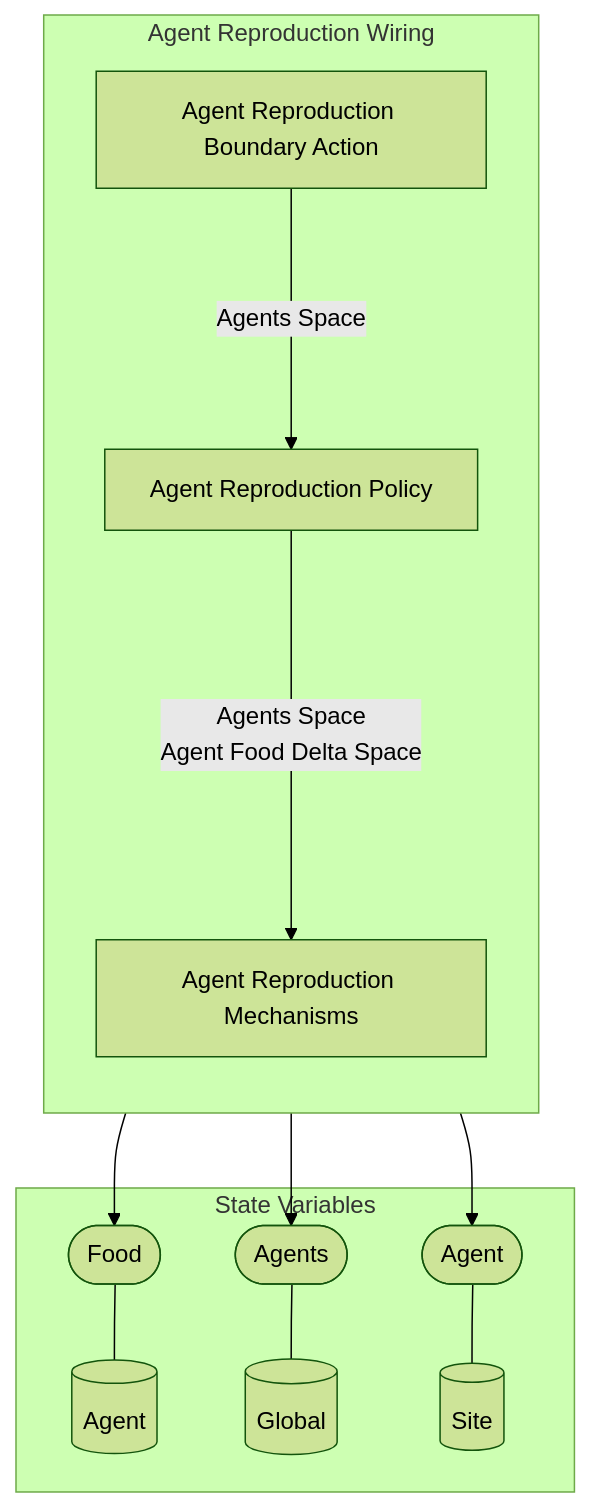
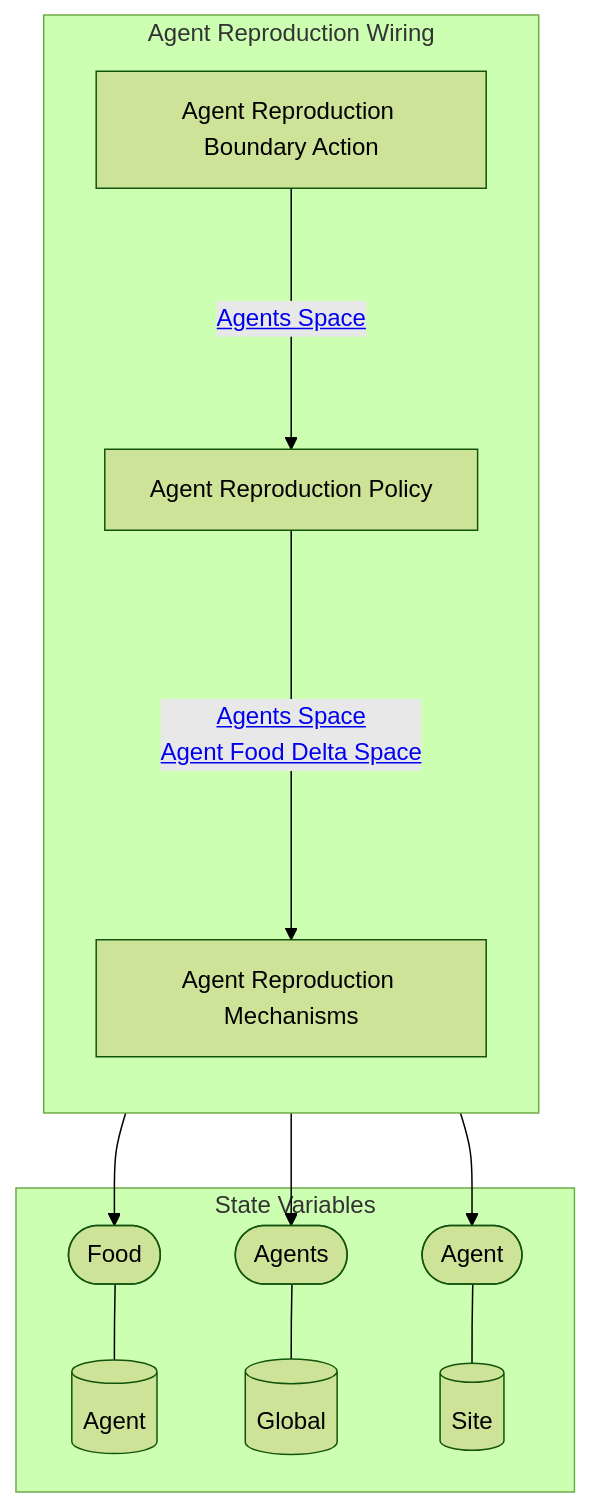
Before and after one commit to BlockScience/Predator-Prey-MSML: the first of 2 diagrams in reports/obsidian/Wiring/Agent Reproduction Wiring.md, drawn with Mermaid (forest theme). The commit also changed other lines of this file and 48 other files, not shown here.

````diff
--- a/reports/obsidian/Wiring/Agent Reproduction Wiring.md
+++ b/reports/obsidian/Wiring/Agent Reproduction Wiring.md
@@ -4,35 +4,35 @@
 ```mermaid
 graph TB
 
 subgraph SVS["State Variables"]
 EE0[("Agent")]
 EE1[("Global")]
 EE2[("Site")]
 EES0(["Food"])
 EES0 --- EE0
 EES1(["Agents"])
 EES1 --- EE1
 EES2(["Agent"])
 EES2 --- EE2
 end
 
 subgraph X4["Agent Reproduction Wiring"]
 direction TB
 X1["Agent Reproduction Boundary Action"]
 X2["Agent Reproduction Policy"]
 X3["Agent Reproduction Mechanisms"]
-X3 --> EES2
 X3 --> EES0
 X3 --> EES1
-X1--"Agents Space"--->X2
-X2--"Agents Space
-Agent Food Delta Space"---->X3
+X3 --> EES2
+X1--"<a href='Agents Space' class=internal-link>Agents Space</a>"--->X2
+X2--"<a href='Agents Space' class=internal-link>Agents Space</a>
+<a href='Agent Food Delta Space' class=internal-link>Agent Food Delta Space</a>"---->X3
 end
 class X1 internal-link;
 class X2 internal-link;
 class X3 internal-link;
 class EE0 internal-link;
 class EE1 internal-link;
 class EE2 internal-link;
 
 ```
````
